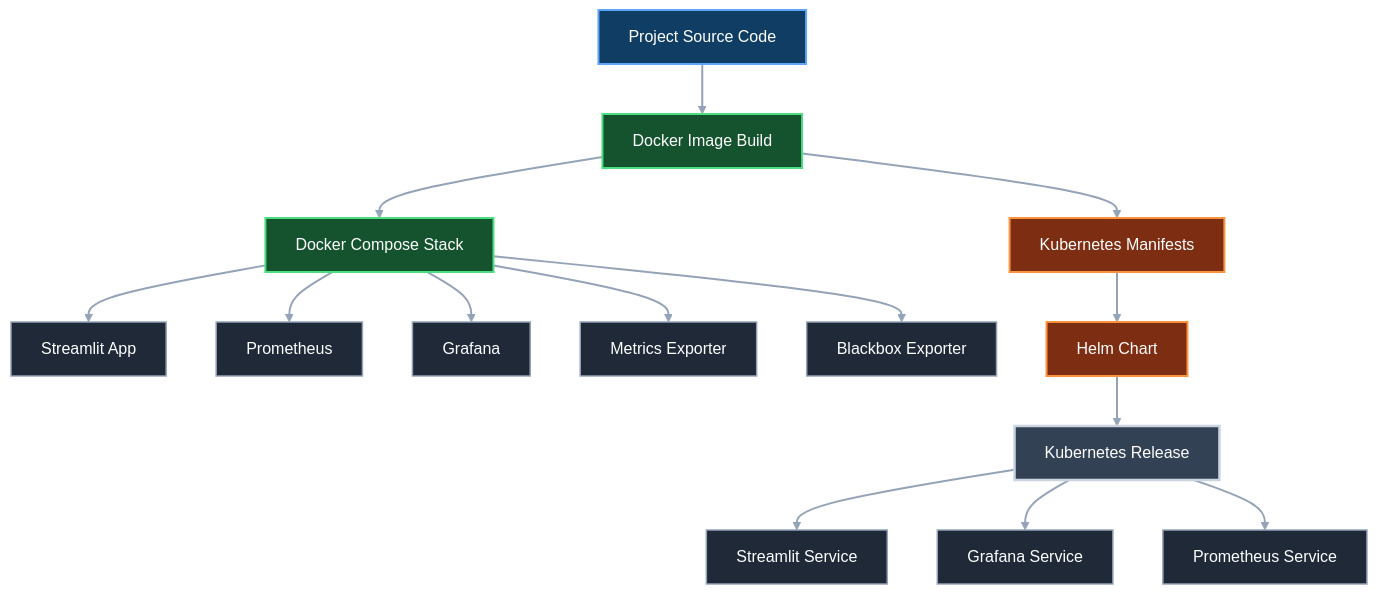
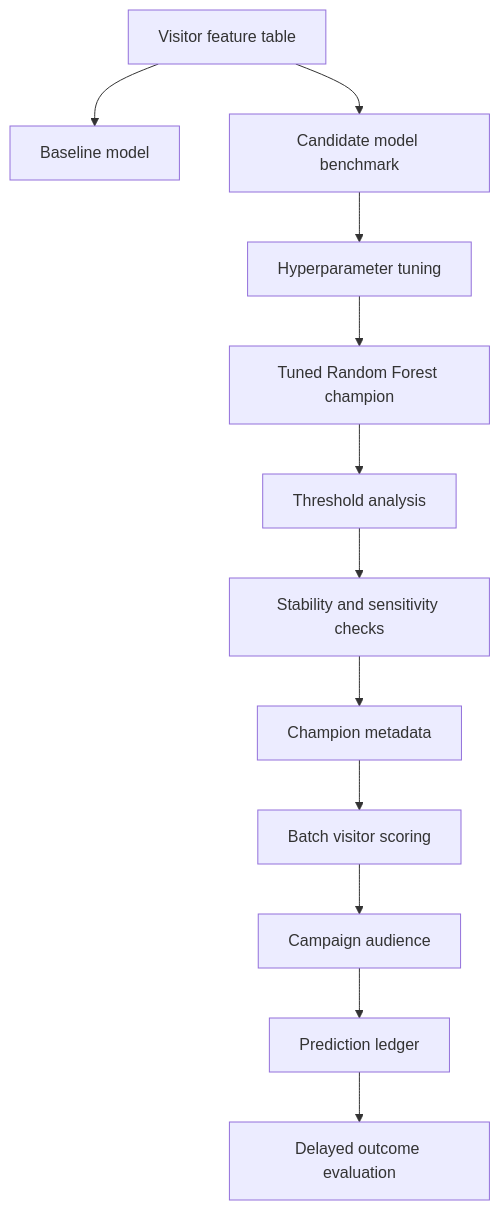
The fourth of 15 diagrams in README.md (RuturajM31/E-Commerce-Conversion-Intelligence-Platform), drawn with Mermaid before and after one commit. The commit also changed other lines of this file, not shown here.

Commit message:
docs: revamp project README

````diff
--- a/README.md
+++ b/README.md
@@ -494,33 +277,14 @@
 ```mermaid
-%%{init: {"theme": "base", "themeVariables": {"background": "#0D1117", "primaryTextColor": "#FFFFFF", "lineColor": "#94A3B8", "fontFamily": "Arial"}}}%%
 flowchart TD
-    A["Project Source Code"] --> B["Docker Image Build"]
-    B --> C["Docker Compose Stack"]
-    C --> D["Streamlit App"]
-    C --> E["Prometheus"]
-    C --> F["Grafana"]
-    C --> G["Metrics Exporter"]
-    C --> H["Blackbox Exporter"]
-
-    B --> I["Kubernetes Manifests"]
-    I --> J["Helm Chart"]
-    J --> K["Kubernetes Release"]
-
-    K --> L["Streamlit Service"]
-    K --> M["Grafana Service"]
-    K --> N["Prometheus Service"]
-
-    classDef source fill:#0F3D64,stroke:#60A5FA,color:#FFFFFF,stroke-width:2px;
-    classDef container fill:#14532D,stroke:#4ADE80,color:#FFFFFF,stroke-width:2px;
-    classDef service fill:#1F2937,stroke:#94A3B8,color:#FFFFFF,stroke-width:1.5px;
-    classDef orchestration fill:#7C2D12,stroke:#FB923C,color:#FFFFFF,stroke-width:2px;
-    classDef release fill:#334155,stroke:#CBD5E1,color:#FFFFFF,stroke-width:2.5px;
-
-    class A source;
-    class B,C container;
-    class D,E,F,G,H,L,M,N service;
-    class I,J orchestration;
-    class K release;
-
-    linkStyle default stroke:#94A3B8,stroke-width:2px;
+    A["Visitor feature table"] --> B["Baseline model"]
+    A --> C["Candidate model benchmark"]
+    C --> D["Hyperparameter tuning"]
+    D --> E["Tuned Random Forest champion"]
+    E --> F["Threshold analysis"]
+    F --> G["Stability and sensitivity checks"]
+    G --> H["Champion metadata"]
+    H --> I["Batch visitor scoring"]
+    I --> J["Campaign audience"]
+    J --> K["Prediction ledger"]
+    K --> L["Delayed outcome evaluation"]
 ```
````
